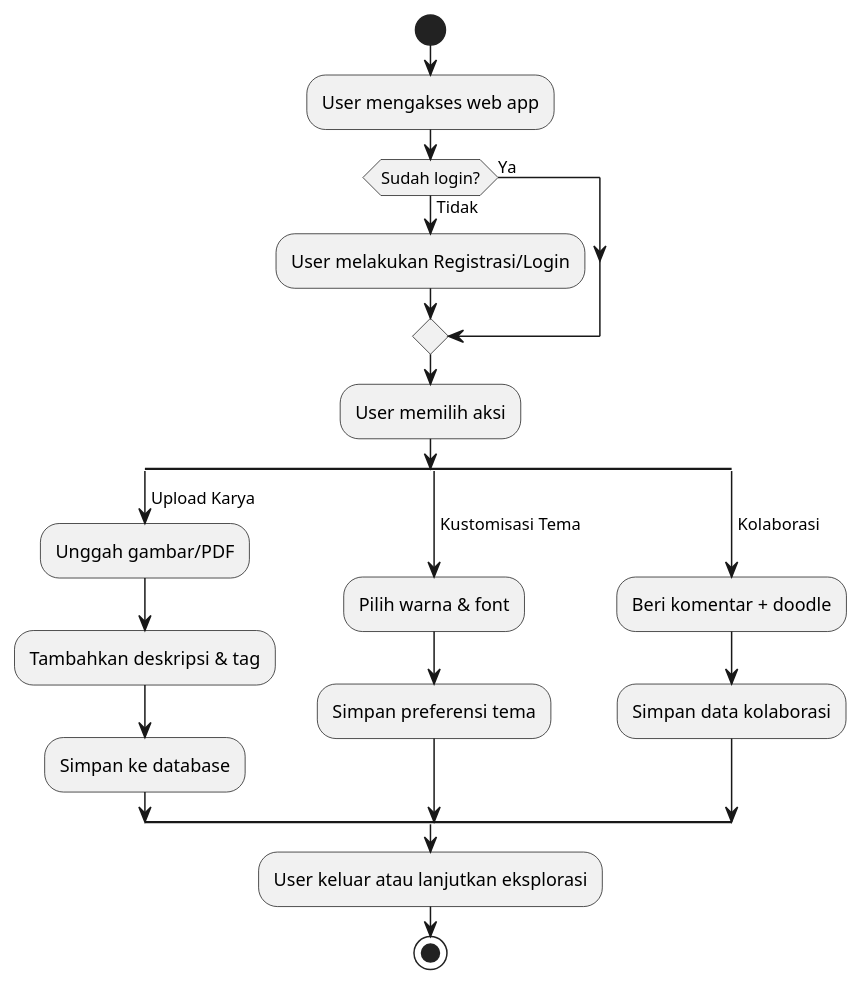
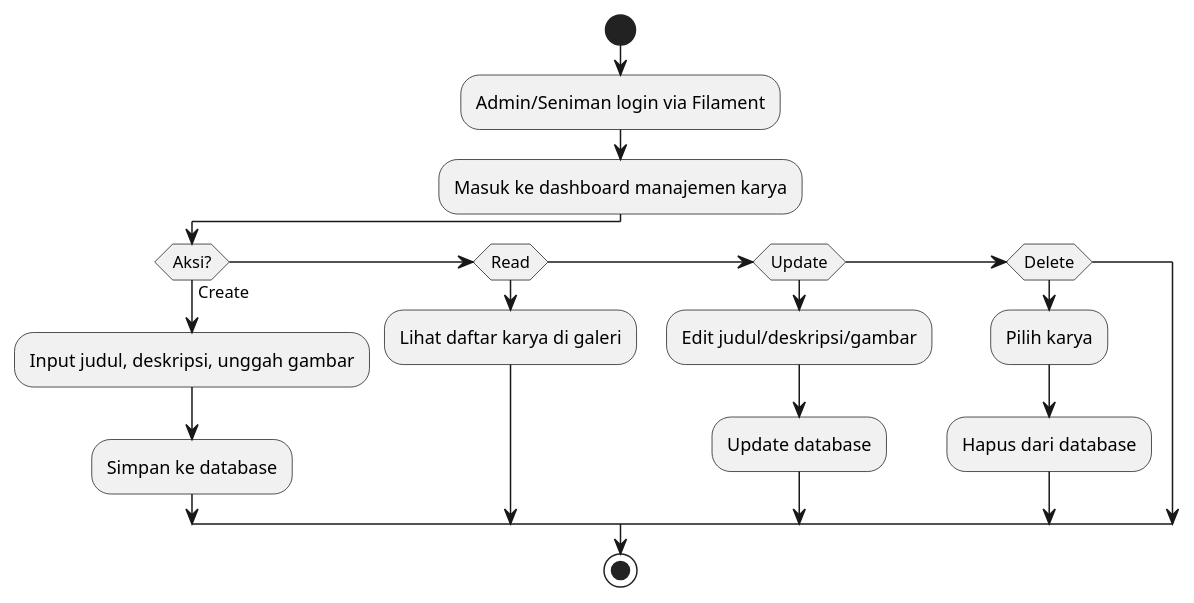
Before and after one commit to h0murasak1/PERKULIAHAN: the first of 3 diagrams in SM3/DAA/UAS/Analisa.md, drawn with PlantUML. The commit also changed other lines of this file and 13 other files, not shown here.

````diff
--- a/SM3/DAA/UAS/Analisa.md
+++ b/SM3/DAA/UAS/Analisa.md
@@ -57,27 +62,20 @@
 ```puml
 @startuml
 start
-:User mengakses web app;
-if (Sudah login?) then (Ya)
-else (Tidak)
-  :User melakukan Registrasi/Login;
+:Admin/Seniman login via Filament;
+:Masuk ke dashboard manajemen karya;
+if (Aksi?) then (Create)
+  :Input judul, deskripsi, unggah gambar;
+  :Simpan ke database;
+elseif (Read)
+  :Lihat daftar karya di galeri;
+elseif (Update)
+  :Edit judul/deskripsi/gambar;
+  :Update database;
+elseif (Delete)
+  :Pilih karya;
+  :Hapus dari database;
 endif
-:User memilih aksi;
-split
-  -> Upload Karya;
-  :Unggah gambar/PDF;
-  :Tambahkan deskripsi & tag;
-  :Simpan ke database;
-split again
-  -> Kustomisasi Tema;
-  :Pilih warna & font;
-  :Simpan preferensi tema;
-split again
-  -> Kolaborasi;
-  :Beri komentar + doodle;
-  :Simpan data kolaborasi;
-end split
-:User keluar atau lanjutkan eksplorasi;
 stop
 @enduml
 ```  
````
